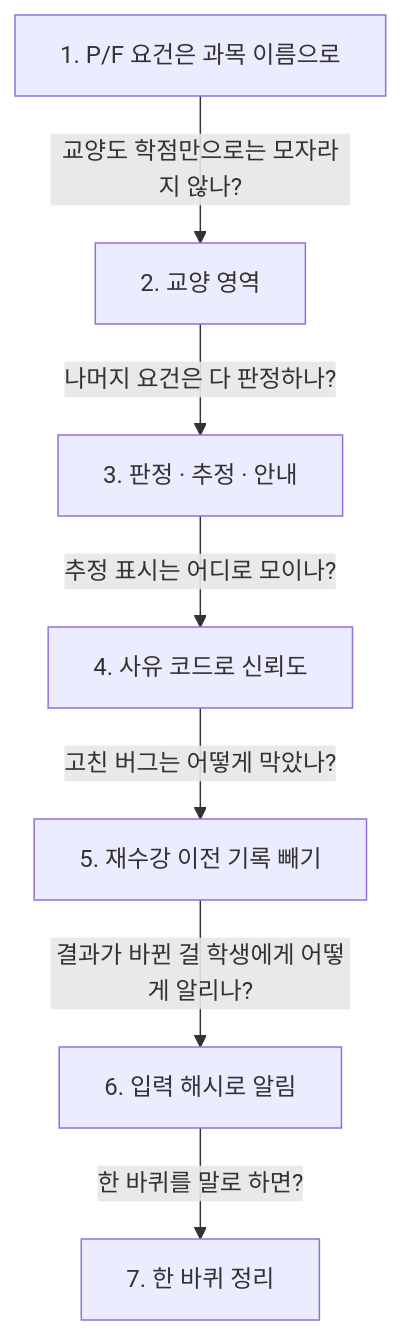
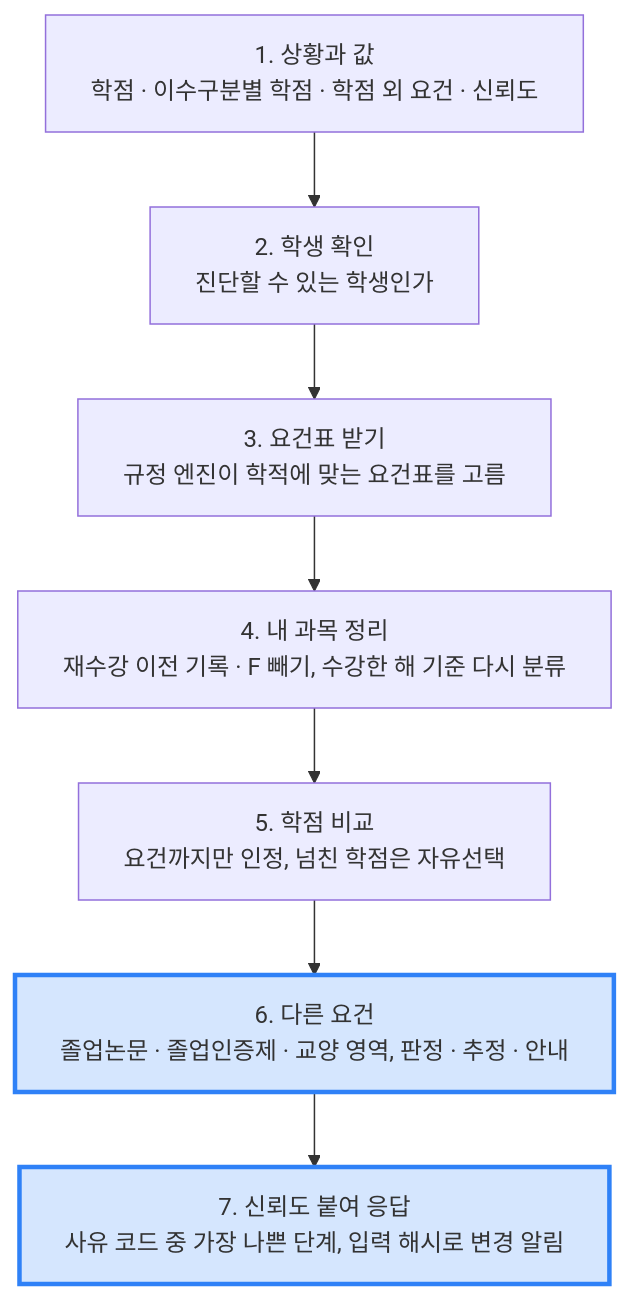
Before and after one commit to ChildrenAon/TIL: the diagram in 2026/November/11-19.md, drawn with Mermaid. The commit also changed other lines of this file, not shown here.

Commit message:
[ONE Student] 졸업 진단 다른 요건 · 신뢰도 · 입력 해시, 한 바퀴 정리
고침: 학습 순서 흐름을 기능 전체 흐름 도식으로 바꿈

````diff
--- a/2026/November/11-19.md
+++ b/2026/November/11-19.md
@@ -16,10 +16,12 @@
 ```mermaid
 %%{init: {"flowchart": {"wrappingWidth": 600}, "themeCSS": ".edgeLabel div { display: table-cell !important; width: auto !important; max-width: none !important; white-space: nowrap !important; } .edgeLabel p { padding: 5px 12px !important; margin: 0 !important; background: #55555599; } .edgeLabel, .edgeLabel span, .edgeLabel .labelBkg { background: transparent !important; }"}}%%
 flowchart TD
-  A["1. P/F 요건은 과목 이름으로"] -->|"교양도 학점만으로는 모자라지 않나?"| B["2. 교양 영역"]
-  B -->|"나머지 요건은 다 판정하나?"| C["3. 판정 · 추정 · 안내"]
-  C -->|"추정 표시는 어디로 모이나?"| D["4. 사유 코드로 신뢰도"]
-  D -->|"고친 버그는 어떻게 막았나?"| E["5. 재수강 이전 기록 빼기"]
-  E -->|"결과가 바뀐 걸 학생에게 어떻게 알리나?"| F["6. 입력 해시로 알림"]
-  F -->|"한 바퀴를 말로 하면?"| G["7. 한 바퀴 정리"]
+  A["1. 상황과 값<br/>학점 · 이수구분별 학점 · 학점 외 요건 · 신뢰도"] --> B["2. 학생 확인<br/>진단할 수 있는 학생인가"]
+  B --> C["3. 요건표 받기<br/>규정 엔진이 학적에 맞는 요건표를 고름"]
+  C --> D["4. 내 과목 정리<br/>재수강 이전 기록 · F 빼기, 수강한 해 기준 다시 분류"]
+  D --> E["5. 학점 비교<br/>요건까지만 인정, 넘친 학점은 자유선택"]
+  E --> F["6. 다른 요건<br/>졸업논문 · 졸업인증제 · 교양 영역, 판정 · 추정 · 안내"]
+  F --> G["7. 신뢰도 붙여 응답<br/>사유 코드 중 가장 나쁜 단계, 입력 해시로 변경 알림"]
+  classDef seen fill:#2f81f733,stroke:#2f81f7,stroke-width:3px
+  class F,G seen
 ```
````
